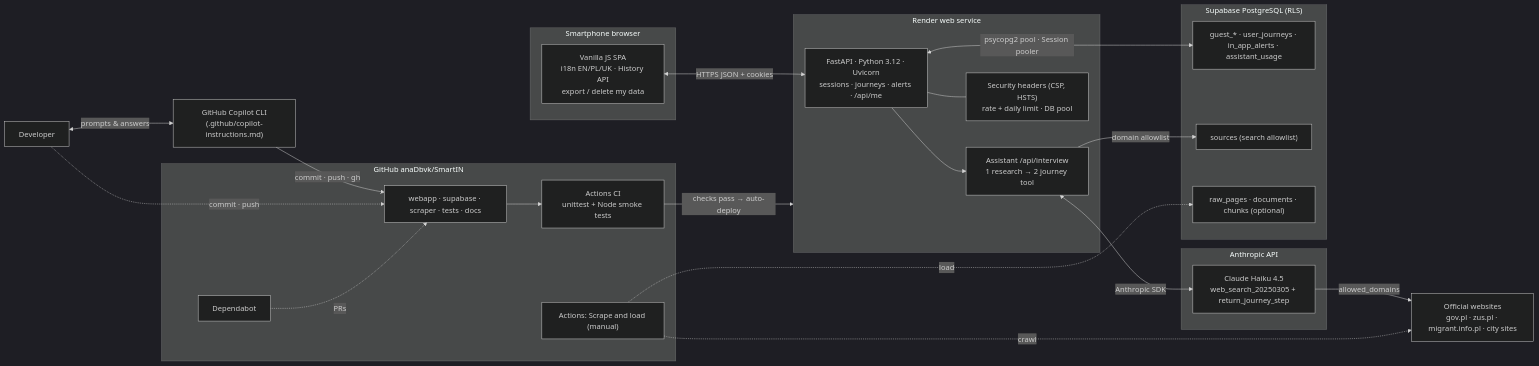
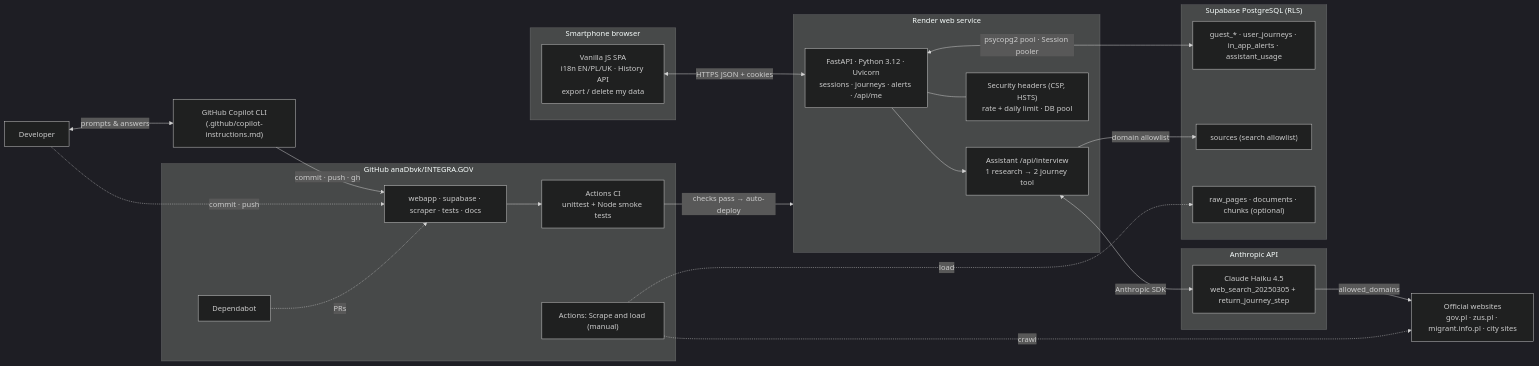
The first of 3 diagrams in docs/ARCHITECTURE.md (anaDbvk/INTEGRA.GOV), drawn with Mermaid (dark theme) before and after one commit. The commit also changed 6 other files, not shown here.

Commit message:
Update repository references to anaDbvk/INTEGRA.GOV

````diff
--- a/docs/ARCHITECTURE.md
+++ b/docs/ARCHITECTURE.md
@@ -25,44 +25,44 @@
 ```mermaid
 flowchart LR
   subgraph Client["Smartphone browser"]
     UI["Vanilla JS SPA<br/>i18n EN/PL/UK · History API<br/>export / delete my data"]
   end
   subgraph Render["Render web service"]
     API["FastAPI · Python 3.12 · Uvicorn<br/>sessions · journeys · alerts · /api/me"]
     AS["Assistant /api/interview<br/>1 research → 2 journey tool"]
     G["Security headers (CSP, HSTS)<br/>rate + daily limit · DB pool"]
   end
   subgraph Anthropic["Anthropic API"]
     CL["Claude Haiku 4.5<br/>web_search_20250305 + return_journey_step"]
   end
   WEB["Official websites<br/>gov.pl · zus.pl · migrant.info.pl · city sites"]
   subgraph Supabase["Supabase PostgreSQL (RLS)"]
     APP["guest_* · user_journeys · in_app_alerts · assistant_usage"]
     SRC["sources (search allowlist)"]
     KB["raw_pages · documents · chunks (optional)"]
   end
-  subgraph GitHub["GitHub anaDbvk/SmartIN"]
+  subgraph GitHub["GitHub anaDbvk/INTEGRA.GOV"]
     CODE["webapp · supabase · scraper · tests · docs"]
     CI["Actions CI<br/>unittest + Node smoke tests"]
     DB["Dependabot"]
     SCR["Actions: Scrape and load (manual)"]
   end
   DEV["Developer"]
   COP["GitHub Copilot CLI<br/>(.github/copilot-instructions.md)"]
 
   UI <-- "HTTPS JSON + cookies" --> API
   API --> AS
   API --- G
   AS <-- "Anthropic SDK" --> CL
   CL -- "allowed_domains" --> WEB
   API <-- "psycopg2 pool · Session pooler" --> APP
   AS -- "domain allowlist" --> SRC
   DEV <-- "prompts & answers" --> COP
   COP -- "commit · push · gh" --> CODE
   DEV -. "commit · push" .-> CODE
   DB -. "PRs" .-> CODE
   CODE --> CI
   CI -- "checks pass → auto-deploy" --> Render
   SCR -. "crawl" .-> WEB
   SCR -. "load" .-> KB
 ```
````
